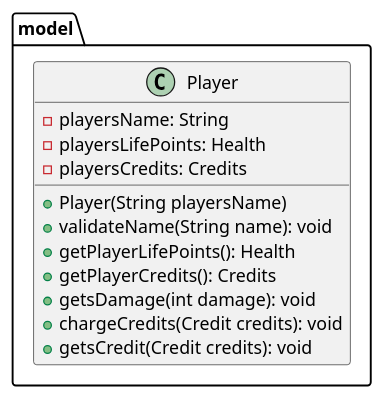
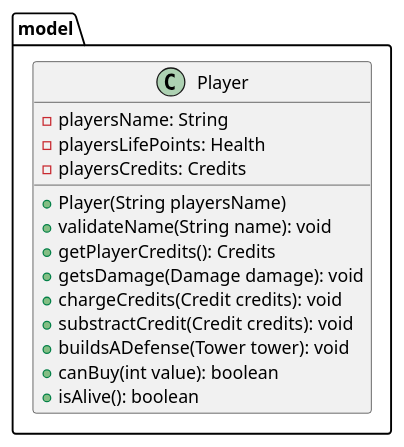
The diagram in diagrams/classes/algoDefense/model/player/Player.puml (alejandrodelcs/algo3_tp2), drawn with PlantUML before and after one commit. The commit also changed 25 other files, not shown here.

First line of the commit message:
UML: finished all diagrams

```diff
--- a/diagrams/classes/algoDefense/model/player/Player.puml
+++ b/diagrams/classes/algoDefense/model/player/Player.puml
@@ -1,20 +1,22 @@
 @startuml
 'https://plantuml.com/class-diagram
 
 package model {
     class Player {
         - playersName: String
         - playersLifePoints: Health
         - playersCredits: Credits
 
         + Player(String playersName)
         + validateName(String name): void
-        + getPlayerLifePoints(): Health
         + getPlayerCredits(): Credits
-        + getsDamage(int damage): void
+        + getsDamage(Damage damage): void
         + chargeCredits(Credit credits): void
-        + getsCredit(Credit credits): void
+        + substractCredit(Credit credits): void
+        + buildsADefense(Tower tower): void
+        + canBuy(int value): boolean
+        + isAlive(): boolean
     }
 }
 
 @enduml
```
